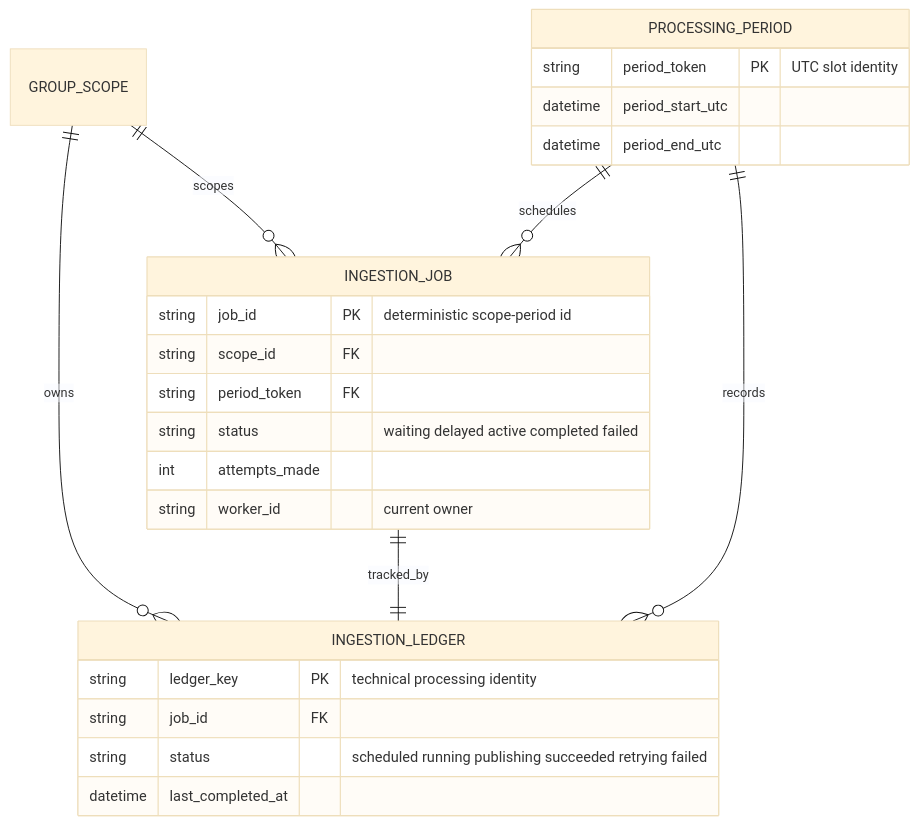
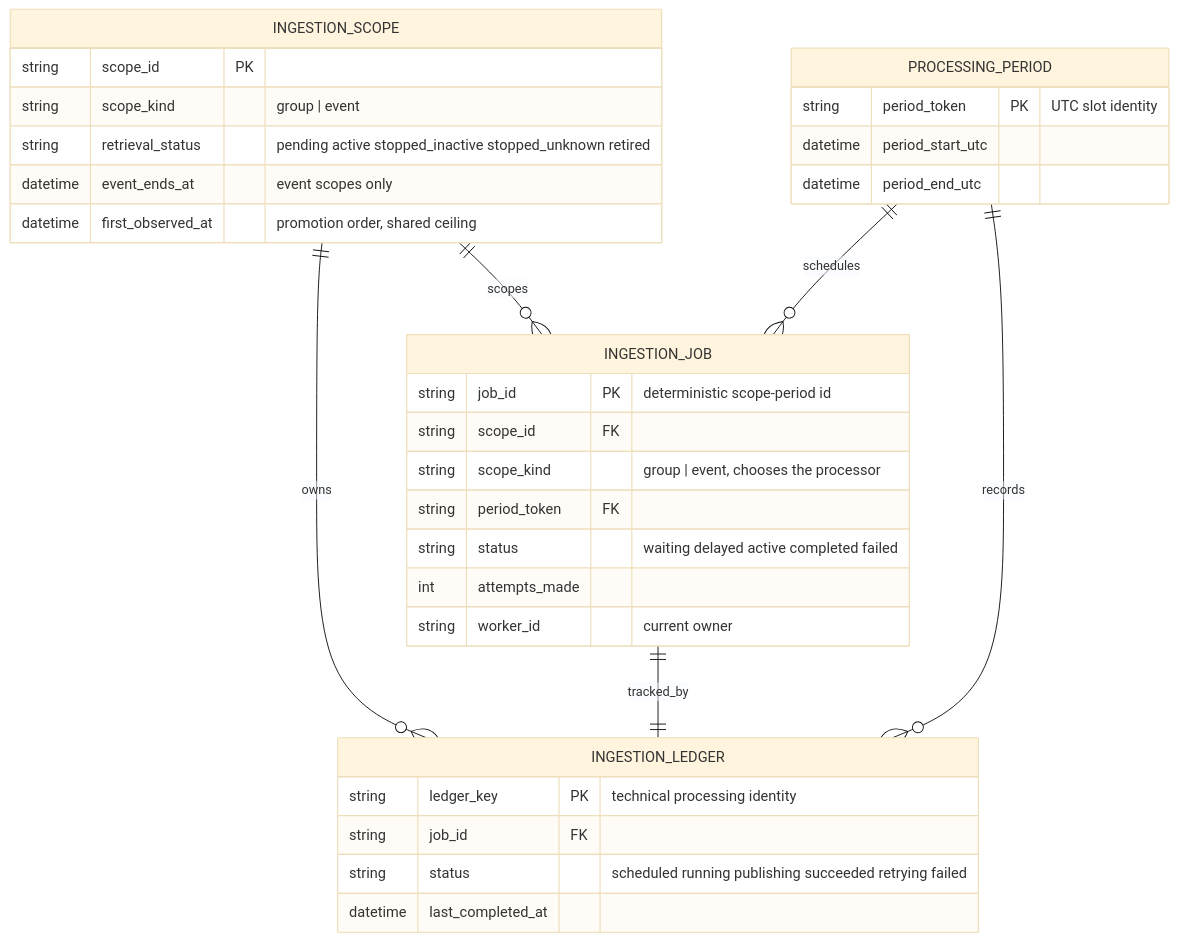
One commit to Bigchef-dev/actionpop-calendar changed the diagram in docs/job-oriented.mmd. Above: the diagram before and after it, drawn with Mermaid (base theme). The commit also changed 82 other files, not shown here.

Commit message:
scope in event ingester

```diff
--- a/docs/job-oriented.mmd
+++ b/docs/job-oriented.mmd
@@ -1,32 +1,40 @@
 erDiagram
     direction TB
 
 
     PROCESSING_PERIOD {
         string period_token PK "UTC slot identity"
         datetime period_start_utc
         datetime period_end_utc
     }
 
     INGESTION_LEDGER {
         string ledger_key PK "technical processing identity"
         string job_id FK
         string status "scheduled running publishing succeeded retrying failed"
         datetime last_completed_at
     }
 
     INGESTION_JOB {
         string job_id PK "deterministic scope-period id"
         string scope_id FK
+        string scope_kind "group | event, chooses the processor"
         string period_token FK
         string status "waiting delayed active completed failed"
         int attempts_made
         string worker_id "current owner"
     }
 
+    INGESTION_SCOPE {
+        string scope_id PK
+        string scope_kind "group | event"
+        string retrieval_status "pending active stopped_inactive stopped_unknown retired"
+        datetime event_ends_at "event scopes only"
+        datetime first_observed_at "promotion order, shared ceiling"
+    }
 
-    GROUP_SCOPE ||--o{ INGESTION_JOB : scopes
-    GROUP_SCOPE ||--o{ INGESTION_LEDGER : owns
+    INGESTION_SCOPE ||--o{ INGESTION_JOB : scopes
+    INGESTION_SCOPE ||--o{ INGESTION_LEDGER : owns
     INGESTION_JOB ||--|| INGESTION_LEDGER : tracked_by
     PROCESSING_PERIOD ||--o{ INGESTION_JOB : schedules
     PROCESSING_PERIOD ||--o{ INGESTION_LEDGER : records
```
